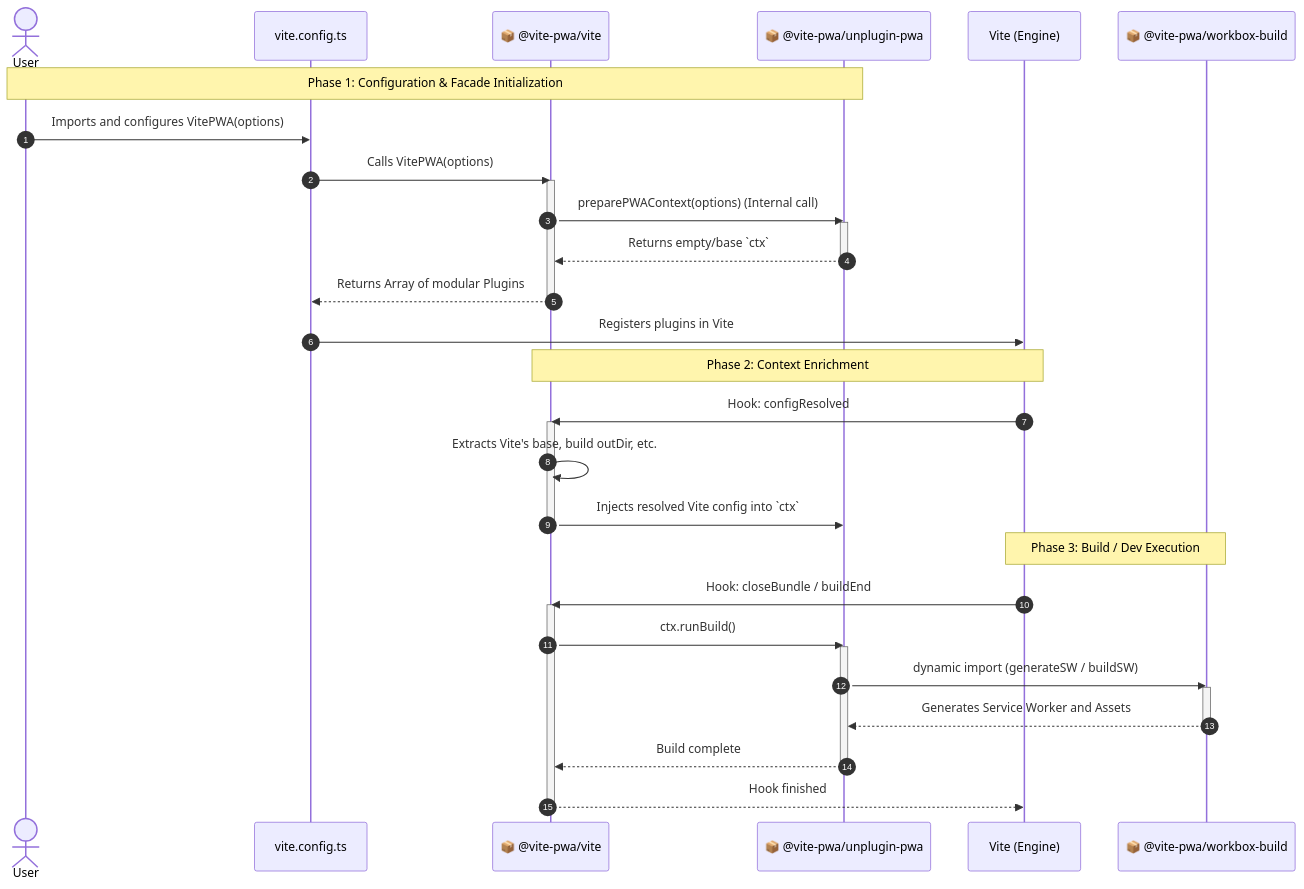
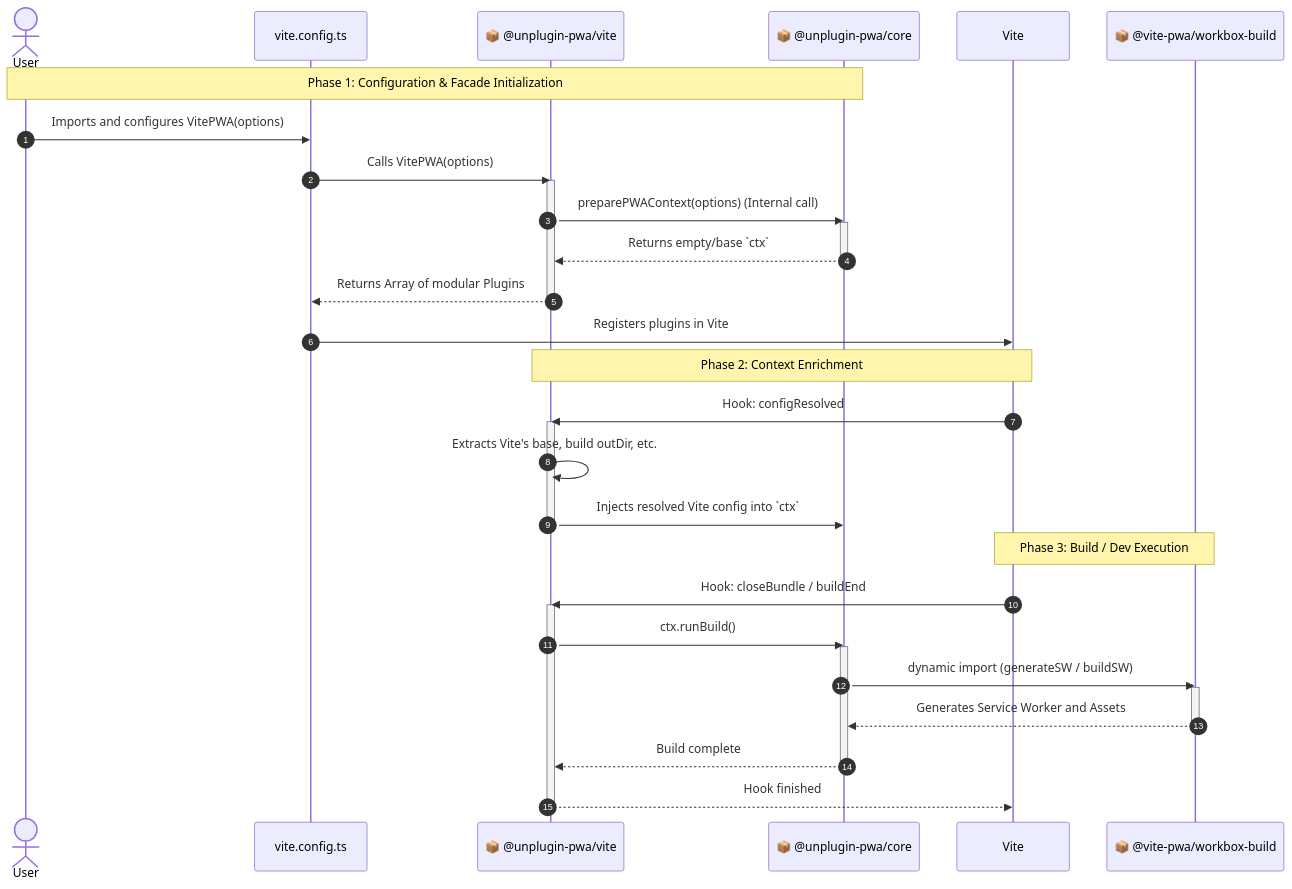
One commit to vite-pwa/unplugin-pwa changed the second of 3 diagrams in ARCHITECTURE.md. Above: the diagram before and after it, drawn with Mermaid. The commit also changed other lines of this file, not shown here.

````diff
--- a/ARCHITECTURE.md
+++ b/ARCHITECTURE.md
@@ -48,43 +48,43 @@
 ```mermaid
 sequenceDiagram
     autonumber
     actor Dev as User
     participant Config as vite.config.ts
-    participant Builder as 📦 @vite-pwa/vite
-    participant Core as 📦 @vite-pwa/unplugin-pwa
-    participant Vite as Vite (Engine)
+    participant Builder as 📦 @unplugin-pwa/vite
+    participant Core as 📦 @unplugin-pwa/core
+    participant Vite as Vite
     participant WB as 📦 @vite-pwa/workbox-build
 
     Note over Dev, Core: Phase 1: Configuration & Facade Initialization
     Dev->>Config: Imports and configures VitePWA(options)
     Config->>Builder: Calls VitePWA(options)
     activate Builder
     Builder->>Core: preparePWAContext(options) (Internal call)
     activate Core
     Core-->>Builder: Returns empty/base `ctx`
     deactivate Core
     Builder-->>Config: Returns Array of modular Plugins
     deactivate Builder
     Config->>Vite: Registers plugins in Vite
 
     Note over Builder, Vite: Phase 2: Context Enrichment
     Vite->>Builder: Hook: configResolved
     activate Builder
     Builder->>Builder: Extracts Vite's base, build outDir, etc.
     Builder->>Core: Injects resolved Vite config into `ctx`
     deactivate Builder
 
     Note over Vite, WB: Phase 3: Build / Dev Execution
     Vite->>Builder: Hook: closeBundle / buildEnd
     activate Builder
     Builder->>Core: ctx.runBuild()
     activate Core
     Core->>WB: dynamic import (generateSW / buildSW)
     activate WB
     WB-->>Core: Generates Service Worker and Assets
     deactivate WB
     Core-->>Builder: Build complete
     deactivate Core
     Builder-->>Vite: Hook finished
     deactivate Builder
 ```
````
